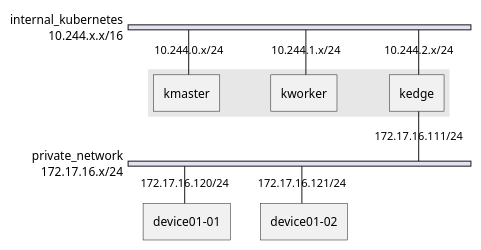
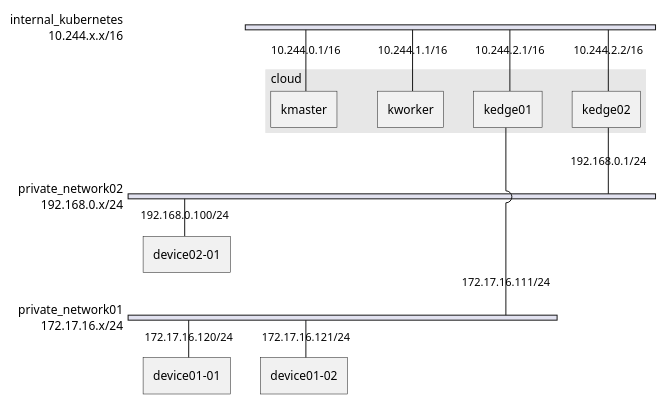
The diagram in text/tmp/network.puml (dvojak-cz/Bachelor-Thesis), drawn with PlantUML before and after one commit. The commit also changed 25 other files, not shown here.

```diff
--- a/text/tmp/network.puml
+++ b/text/tmp/network.puml
@@ -1,19 +1,26 @@
 @startuml
 nwdiag {
   network internal_kubernetes {
       address = "10.244.x.x/16"
 
       group internal {
-          kmaster [address = "10.244.0.x/24"];
-          kworker [address = "10.244.1.x/24"];
-          kedge   [address = "10.244.2.x/24"]
+          description="cloud"
+          kmaster [address = "10.244.0.1/16"];
+          kworker [address = "10.244.1.1/16"];
+          kedge01   [address = "10.244.2.1/16"];
+          kedge02   [address = "10.244.2.2/16"];
       }
   }
-  network private_network {
+    network private_network02 {
+      address = "192.168.0.x/24";
+      kedge02       [address = "192.168.0.1/24"]
+      device02-01 [address = "192.168.0.100/24"];
+  }  
+  network private_network01 {
       address = "172.17.16.x/24";
-      kedge       [address = "172.17.16.111/24"]
+      kedge01       [address = "172.17.16.111/24"]
       device01-01 [address = "172.17.16.120/24"];
       device01-02 [address = "172.17.16.121/24"];
   }
 }
 @enduml
```
